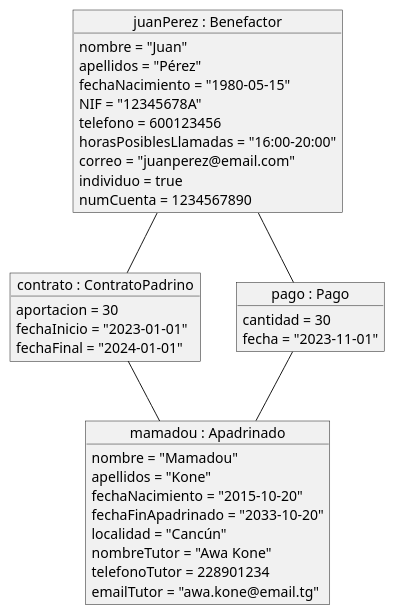
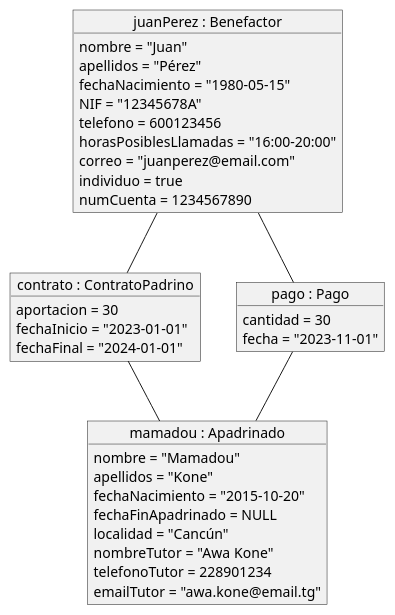
One commit to albporfer1-64/Grupo_Proyecto_DB changed the diagram in escenarios/escenario1.puml. Above: the diagram before and after it, drawn with PlantUML. The commit also changed 10 other files, not shown here.

```diff
--- a/escenarios/escenario1.puml
+++ b/escenarios/escenario1.puml
@@ -1,37 +1,37 @@
 @startuml
 object "juanPerez : Benefactor" as juanPerez {
   nombre = "Juan"
   apellidos = "Pérez"
   fechaNacimiento = "1980-05-15"
   NIF = "12345678A"
   telefono = 600123456
   horasPosiblesLlamadas = "16:00-20:00"
   correo = "juanperez@email.com"
   individuo = true
   numCuenta = 1234567890
 }
 object "mamadou : Apadrinado" as mamadou {
   nombre = "Mamadou"
   apellidos = "Kone"
   fechaNacimiento = "2015-10-20"
-  fechaFinApadrinado = "2033-10-20"
+  fechaFinApadrinado = NULL
   localidad = "Cancún"
   nombreTutor = "Awa Kone"
   telefonoTutor = 228901234
   emailTutor = "awa.kone@email.tg"
 }
 object "contrato : ContratoPadrino" as contrato {
   aportacion = 30
   fechaInicio = "2023-01-01"
   fechaFinal = "2024-01-01"
 }
 object "pago : Pago" as pago {
   cantidad = 30
   fecha = "2023-11-01"
 }
 
 juanPerez -- contrato
 contrato -- mamadou
 juanPerez -- pago
 pago -- mamadou
 @enduml
```
